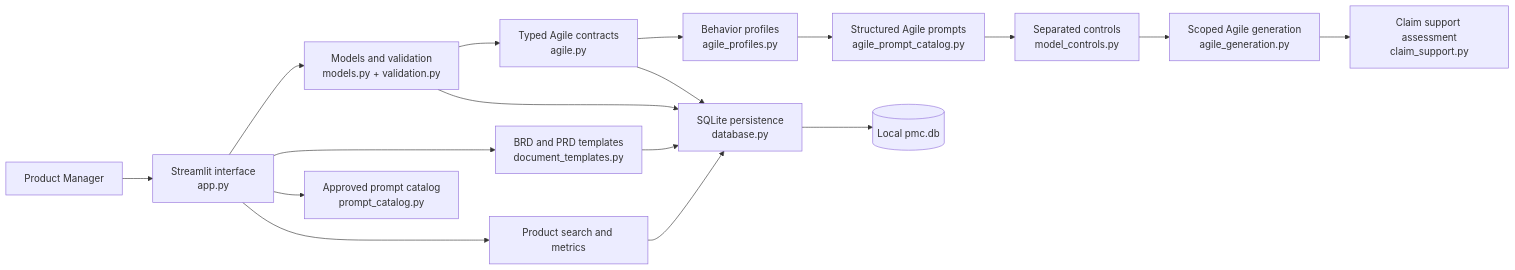
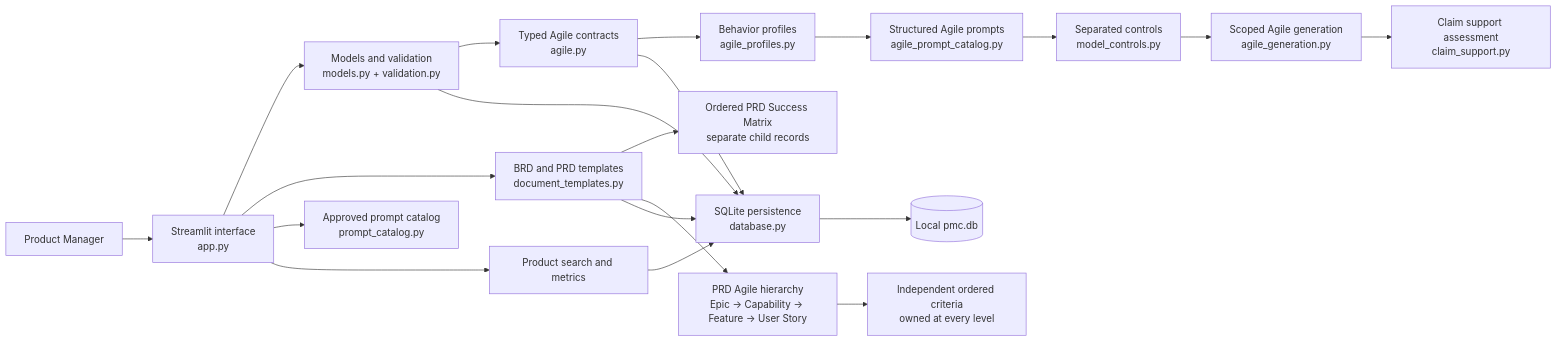
One commit to Celso-PM-AI/product-manager-central changed the first of 3 diagrams in docs/ARCHITECTURE.md. Above: the diagram before and after it, drawn with Mermaid. The commit also changed other lines of this file and 26 other files, not shown here.

````diff
--- a/docs/ARCHITECTURE.md
+++ b/docs/ARCHITECTURE.md
@@ -11,19 +11,22 @@
 ```mermaid
 flowchart LR
     PM[Product Manager] --> UI[Streamlit interface<br/>app.py]
     UI --> CORE[Models and validation<br/>models.py + validation.py]
     CORE --> AGILE[Typed Agile contracts<br/>agile.py]
     AGILE --> PROFILE[Behavior profiles<br/>agile_profiles.py]
     PROFILE --> APROMPT[Structured Agile prompts<br/>agile_prompt_catalog.py]
     APROMPT --> CONTROL[Separated controls<br/>model_controls.py]
     CONTROL --> AGEN[Scoped Agile generation<br/>agile_generation.py]
     AGEN --> CLAIM[Claim support assessment<br/>claim_support.py]
     UI --> DOCS[BRD and PRD templates<br/>document_templates.py]
+    DOCS --> MATRIX[Ordered PRD Success Matrix<br/>separate child records]
+    DOCS --> PRDAGILE[PRD Agile hierarchy<br/>Epic → Capability → Feature → User Story]
+    PRDAGILE --> PRDAC[Independent ordered criteria<br/>owned at every level]
     UI --> PROMPTS[Approved prompt catalog<br/>prompt_catalog.py]
     CORE --> DB[SQLite persistence<br/>database.py]
     AGILE --> DB
     DOCS --> DB
     DB --> LOCAL[(Local pmc.db)]
     UI --> SEARCH[Product search and metrics]
     SEARCH --> DB
 ```
````
